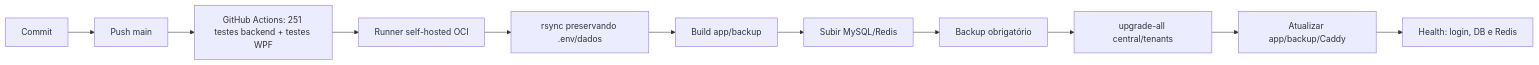
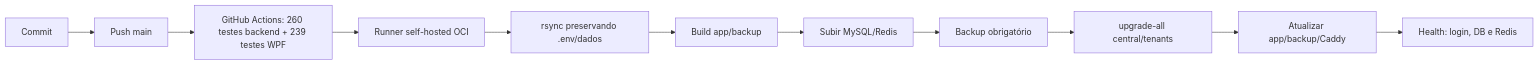
The fourth of 6 diagrams in DOCUMENTACAO_COMPLETA.md (RafaelBG7/pdv2026), drawn with Mermaid before and after one commit. The commit also changed other lines of this file and 7 other files, not shown here.

````diff
--- a/DOCUMENTACAO_COMPLETA.md
+++ b/DOCUMENTACAO_COMPLETA.md
@@ -720,13 +725,13 @@
 ```mermaid
 flowchart LR
     D[Commit] --> G[Push main]
-    G --> T[GitHub Actions: 251 testes backend + testes WPF]
+    G --> T[GitHub Actions: 260 testes backend + 239 testes WPF]
     T --> R[Runner self-hosted OCI]
     R --> B[rsync preservando .env/dados]
     B --> I[Build app/backup]
     I --> DB[Subir MySQL/Redis]
     DB --> BK[Backup obrigatório]
     BK --> MG[upgrade-all central/tenants]
     MG --> UP[Atualizar app/backup/Caddy]
     UP --> H[Health: login, DB e Redis]
 ```
````
